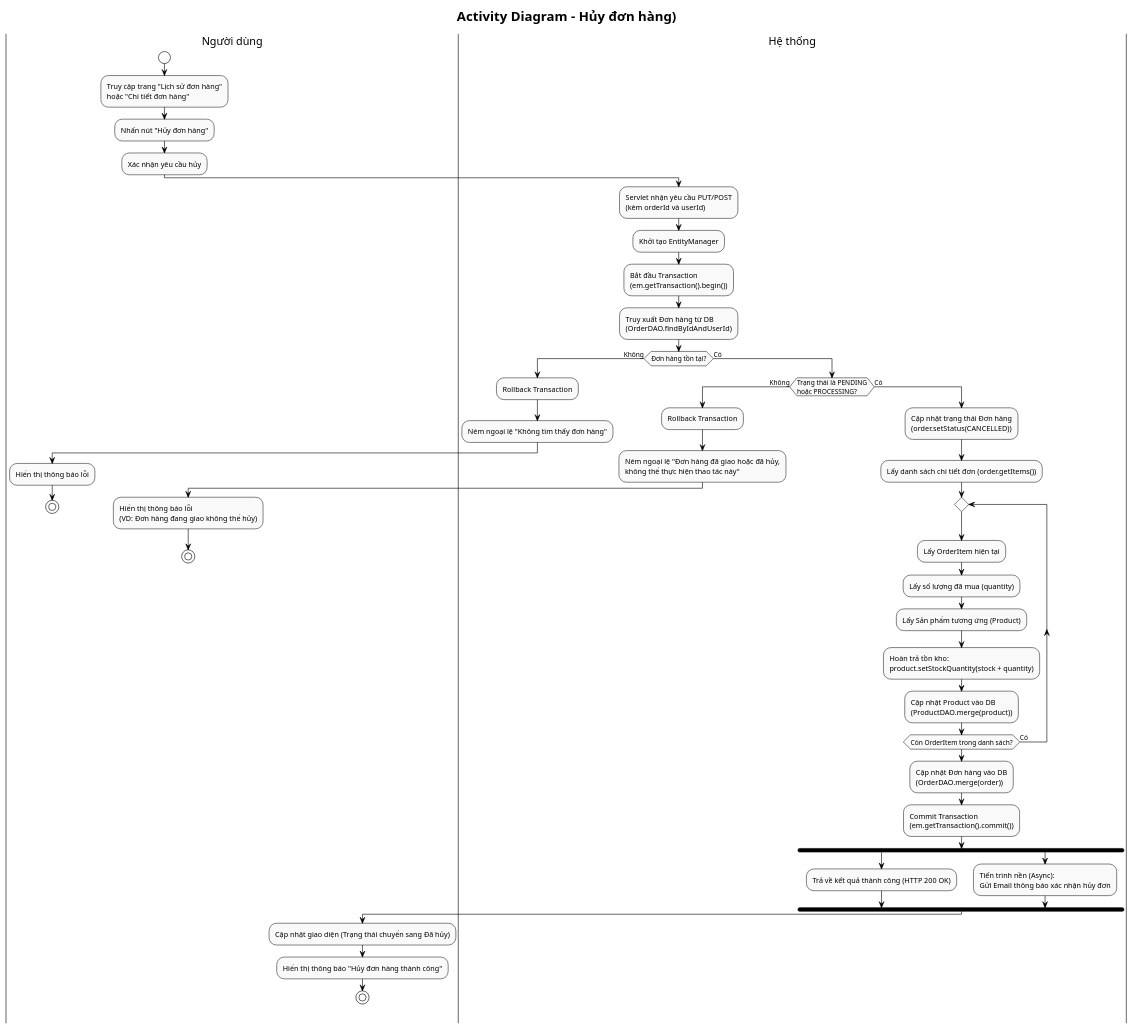
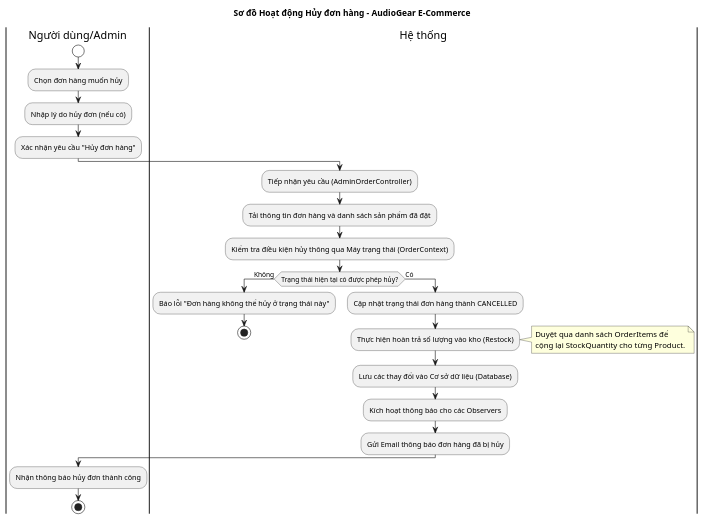
One commit to trihieuvo/justFUML changed the diagram in src/Order Operations/activity/activity_cancel_order.puml. Above: the diagram before and after it, drawn with PlantUML. The commit also changed 7 other files, not shown here.

First line of the commit message:
Refactor and standardize activity UML diagrams

```diff
--- a/src/Order Operations/activity/activity_cancel_order.puml
+++ b/src/Order Operations/activity/activity_cancel_order.puml
@@ -1,66 +1,39 @@
 @startuml
-!theme plain
-skinparam linetype ortho
-skinparam ActivityBackgroundColor #f9f9f9
-skinparam ActivityBorderColor #333333
+title Sơ đồ Hoạt động Hủy đơn hàng - AudioGear E-Commerce
 
-title Activity Diagram - Hủy đơn hàng)
+skinparam ActivityStartColor white
+skinparam ActivityEndColor white
 
-|Người dùng|
+|Người dùng/Admin|
 start
-:Truy cập trang "Lịch sử đơn hàng"\nhoặc "Chi tiết đơn hàng";
-:Nhấn nút "Hủy đơn hàng";
-:Xác nhận yêu cầu hủy;
+:Chọn đơn hàng muốn hủy;
+:Nhập lý do hủy đơn (nếu có);
+:Xác nhận yêu cầu "Hủy đơn hàng";
 
 |Hệ thống|
-:Servlet nhận yêu cầu PUT/POST\n(kèm orderId và userId);
-:Khởi tạo EntityManager;
-:Bắt đầu Transaction\n(em.getTransaction().begin());
-:Truy xuất Đơn hàng từ DB\n(OrderDAO.findByIdAndUserId);
+:Tiếp nhận yêu cầu (AdminOrderController);
+:Tải thông tin đơn hàng và danh sách sản phẩm đã đặt;
 
-if (Đơn hàng tồn tại?) then (Không)
-  :Rollback Transaction;
-  :Ném ngoại lệ "Không tìm thấy đơn hàng";
-  |Người dùng|
-  :Hiển thị thông báo lỗi;
-  stop
+:Kiểm tra điều kiện hủy thông qua Máy trạng thái (OrderContext);
+if (Trạng thái hiện tại có được phép hủy?) then (Không)
+    :Báo lỗi "Đơn hàng không thể hủy ở trạng thái này";
+    stop
 else (Có)
-  |Hệ thống|
-  if (Trạng thái là PENDING\nhoặc PROCESSING?) then (Không)
-    :Rollback Transaction;
-    :Ném ngoại lệ "Đơn hàng đã giao hoặc đã hủy,\nkhông thể thực hiện thao tác này";
-    |Người dùng|
-    :Hiển thị thông báo lỗi\n(VD: Đơn hàng đang giao không thể hủy);
-    stop
-  else (Có)
-    |Hệ thống|
-    :Cập nhật trạng thái Đơn hàng\n(order.setStatus(CANCELLED));
+    :Cập nhật trạng thái đơn hàng thành CANCELLED;
 
-    ' --- Xử lý hoàn trả số lượng tồn kho ---
-    :Lấy danh sách chi tiết đơn (order.getItems());
-    repeat
-      :Lấy OrderItem hiện tại;
-      :Lấy số lượng đã mua (quantity);
-      :Lấy Sản phẩm tương ứng (Product);
-      :Hoàn trả tồn kho:\nproduct.setStockQuantity(stock + quantity);
-      :Cập nhật Product vào DB\n(ProductDAO.merge(product));
-    repeat while (Còn OrderItem trong danh sách?) is (Có)
+    :Thực hiện hoàn trả số lượng vào kho (Restock);
+    note right
+        Duyệt qua danh sách OrderItems để
+        cộng lại StockQuantity cho từng Product.
+    end note
 
-    ' --- Lưu đơn hàng và đóng Transaction ---
-    :Cập nhật Đơn hàng vào DB\n(OrderDAO.merge(order));
-    :Commit Transaction\n(em.getTransaction().commit());
-
-    fork
-      :Trả về kết quả thành công (HTTP 200 OK);
-    fork again
-      :Tiến trình nền (Async):\nGửi Email thông báo xác nhận hủy đơn;
-    end fork
-
-    |Người dùng|
-    :Cập nhật giao diện (Trạng thái chuyển sang Đã hủy);
-    :Hiển thị thông báo "Hủy đơn hàng thành công";
-    stop
-  endif
+    :Lưu các thay đổi vào Cơ sở dữ liệu (Database);
+    :Kích hoạt thông báo cho các Observers;
+    :Gửi Email thông báo đơn hàng đã bị hủy;
 endif
 
+|Người dùng/Admin|
+:Nhận thông báo hủy đơn thành công;
+
+stop
 @enduml
```
